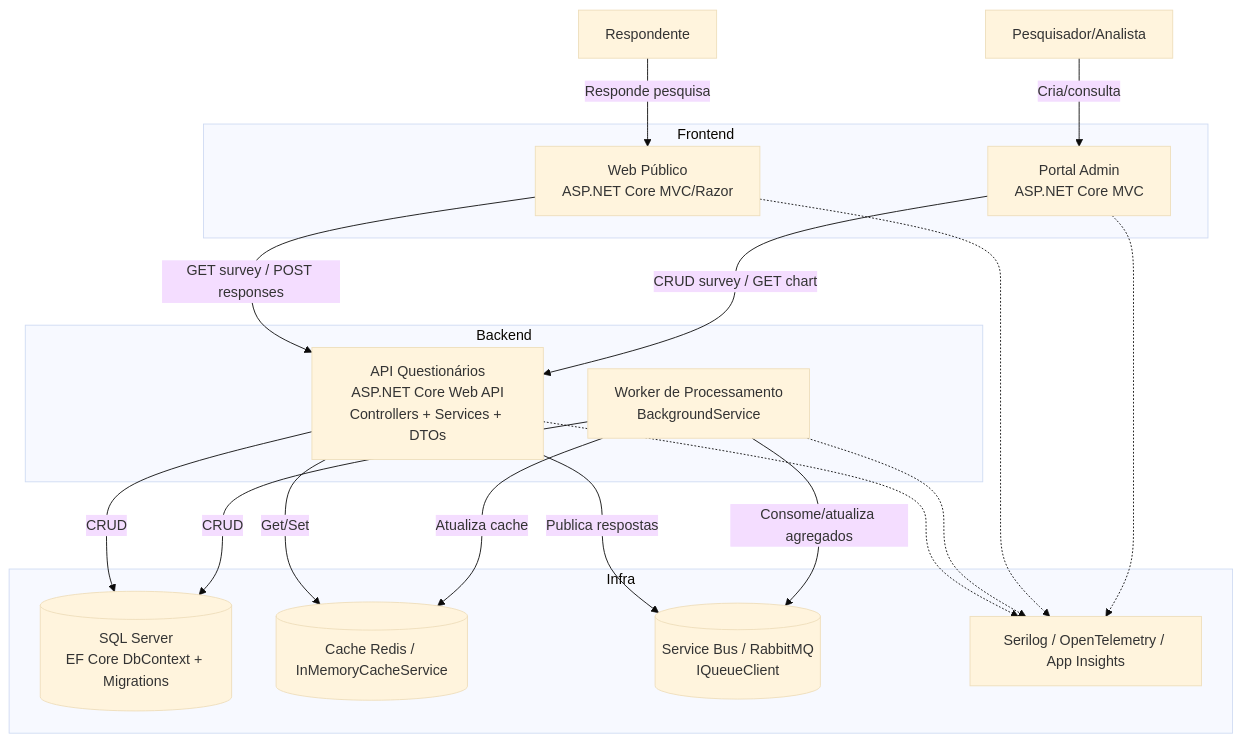
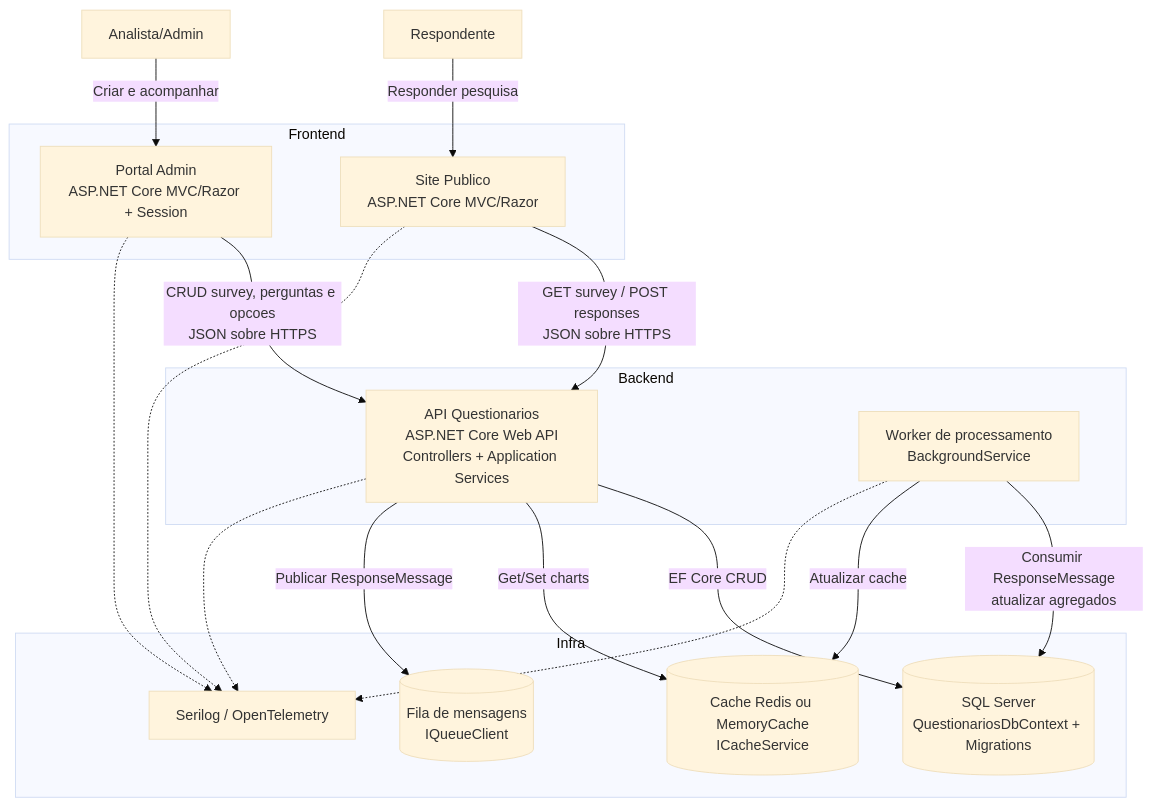
One commit to cleversantoro/QuestionariosOnline changed the diagram in doc/c4-container.mmd. Above: the diagram before and after it, drawn with Mermaid (base theme). The commit also changed 11 other files, not shown here.

```diff
--- a/doc/c4-container.mmd
+++ b/doc/c4-container.mmd
@@ -1,35 +1,35 @@
 flowchart TB
     subgraph Frontend
-      web[Web Público\nASP.NET Core MVC/Razor]
-      admin[Portal Admin\nASP.NET Core MVC]
+      publicSite[Site Publico\nASP.NET Core MVC/Razor]
+      adminPortal[Portal Admin\nASP.NET Core MVC/Razor + Session]
     end
 
     subgraph Backend
-      api[API Questionários\nASP.NET Core Web API\nControllers + Services + DTOs]
-      worker[Worker de Processamento\nBackgroundService]
+      api[API Questionarios\nASP.NET Core Web API\nControllers + Application Services]
+      worker[Worker de processamento\nBackgroundService]
     end
 
     subgraph Infra
-      db[(SQL Server\nEF Core DbContext + Migrations)]
-      cache[(Cache Redis / InMemoryCacheService)]
-      queue[(Service Bus / RabbitMQ\nIQueueClient)]
-      logs[Serilog / OpenTelemetry / App Insights]
+      sql[(SQL Server\nQuestionariosDbContext + Migrations)]
+      cache[(Cache Redis ou MemoryCache\nICacheService)]
+      queue[(Fila de mensagens\nIQueueClient)]
+      observability[Serilog / OpenTelemetry]
     end
 
-    resp[Respondente] -->|Responde pesquisa| web
-    analista[Pesquisador/Analista] -->|Cria/consulta| admin
+    respondent[Respondente] -->|Responder pesquisa| publicSite
+    analyst[Analista/Admin] -->|Criar e acompanhar| adminPortal
 
-    web -->|GET survey / POST responses| api
-    admin -->|CRUD survey / GET chart| api
+    publicSite -->|GET survey / POST responses\nJSON sobre HTTPS| api
+    adminPortal -->|CRUD survey, perguntas e opcoes\nJSON sobre HTTPS| api
 
-    api -->|CRUD| db
-    api -->|Get/Set| cache
-    api -->|Publica respostas| queue
-    worker -->|Consome/atualiza agregados| queue
-    worker -->|CRUD| db
-    worker -->|Atualiza cache| cache
+    api -->|EF Core CRUD| sql
+    api -->|Get/Set charts| cache
+    api -->|Publicar ResponseMessage| queue
 
-    api -.-> logs
-    worker -.-> logs
-    web -.-> logs
-    admin -.-> logs
+    worker -->|Consumir ResponseMessage\natualizar agregados| sql
+    worker -->|Atualizar cache| cache
+
+    api -.-> observability
+    worker -.-> observability
+    publicSite -.-> observability
+    adminPortal -.-> observability
```
